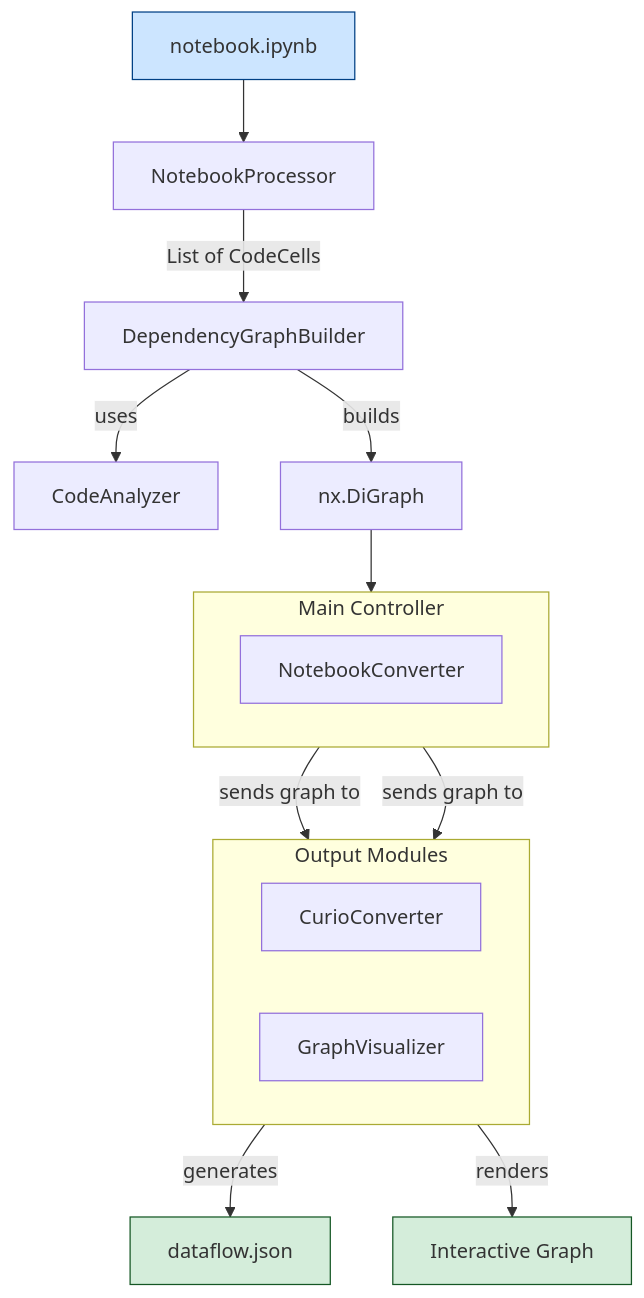
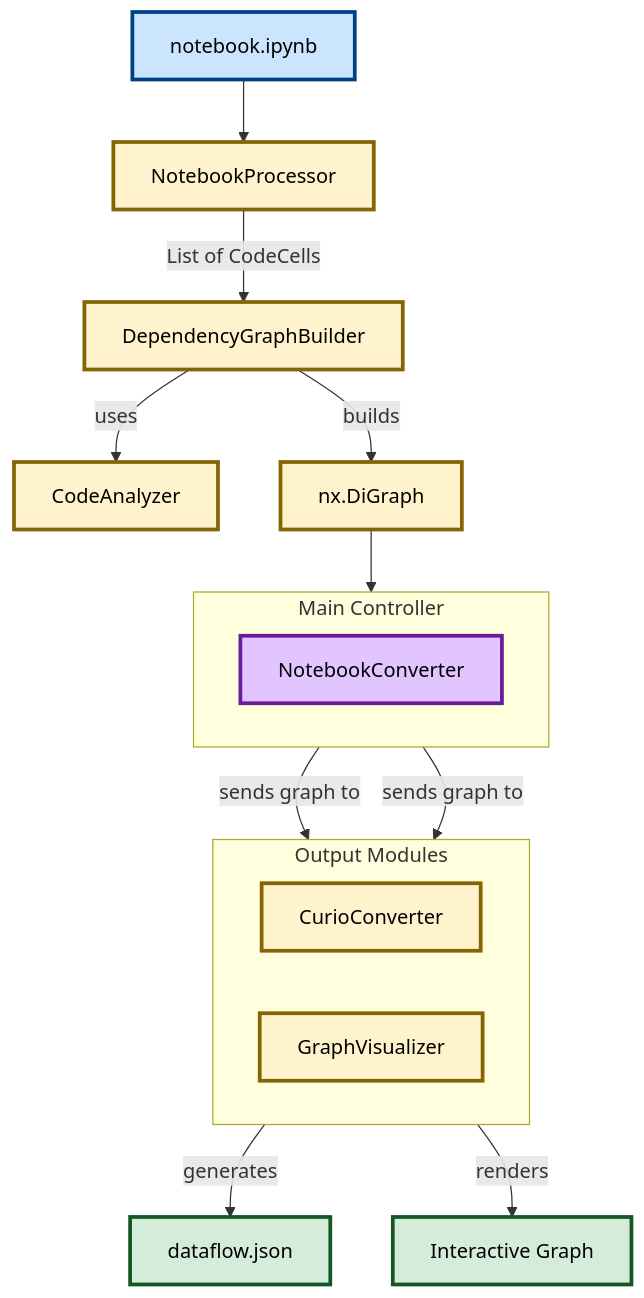
Before and after one commit to aakashkolli/nb2curio: the diagram in README.md, drawn with Mermaid.

Commit message:
Improve mermaid diagram

````diff
--- a/README.md
+++ b/README.md
@@ -127,29 +127,32 @@
 ```mermaid
 graph TD
-    A[notebook.ipynb]:::input --> NP[NotebookProcessor]
-    NP -- List of CodeCells --> DGB[DependencyGraphBuilder]
-    DGB -- uses --> CA[CodeAnalyzer]
-    DGB -- builds --> G[nx.DiGraph]
+    A[notebook.ipynb]:::input --> NP[NotebookProcessor]:::process
+    NP -- List of CodeCells --> DGB[DependencyGraphBuilder]:::process
+    DGB -- uses --> CA[CodeAnalyzer]:::process
+    DGB -- builds --> G[nx.DiGraph]:::process
 
     subgraph "Main Controller"
         direction LR
-        NC[NotebookConverter]
+        NC[NotebookConverter]:::main
     end
 
     G --> NC
 
     subgraph "Output Modules"
         direction LR
-        CC[CurioConverter]
-        GV[GraphVisualizer]
+        CC[CurioConverter]:::process
+        GV[GraphVisualizer]:::process
     end
 
     NC -- sends graph to --> CC
     NC -- sends graph to --> GV
 
     CC -- generates --> O1[dataflow.json]:::output
     GV -- renders --> O2[Interactive Graph]:::output
 
-    classDef input fill:#cce5ff,stroke:#004085
-    classDef output fill:#d4edda,stroke:#155724
+    %% Styling Definitions
+    classDef input fill:#cce5ff,stroke:#004085,color:#000,stroke-width:3px
+    classDef main fill:#e2c5ff,stroke:#6a1b9a,color:#000,stroke-width:3px
+    classDef process fill:#fff3cd,stroke:#856404,color:#000,stroke-width:3px
+    classDef output fill:#d4edda,stroke:#155724,color:#000,stroke-width:3px
 ```
````
